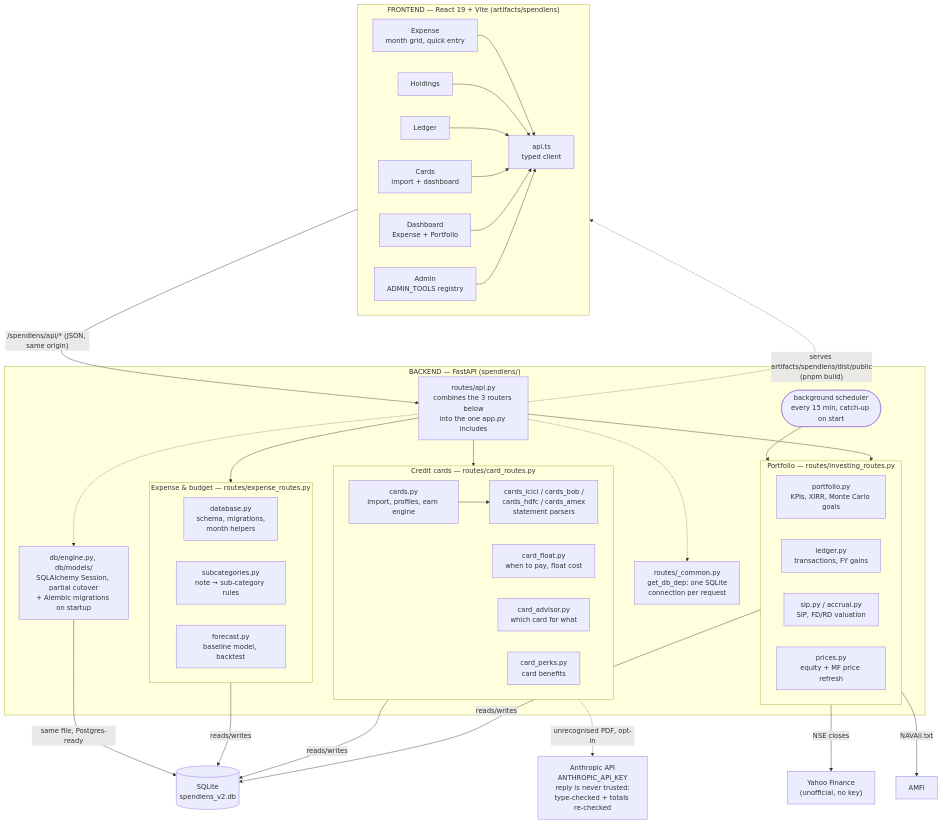
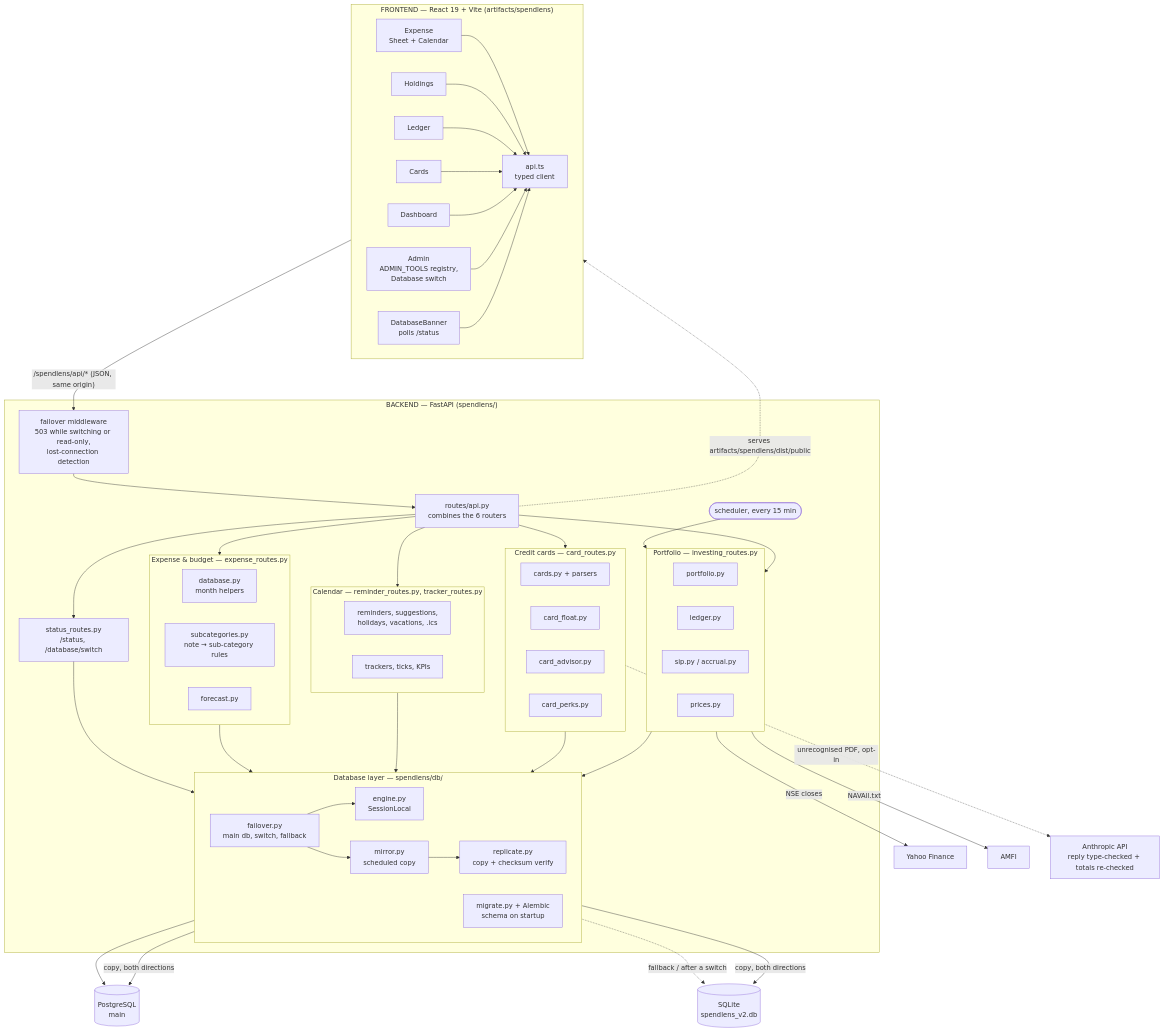
Before and after one commit to Saurabh-153/SpendLens: the second of 2 diagrams in README.md, drawn with Mermaid. The commit also changed other lines of this file and 136 other files, not shown here.

````diff
--- a/README.md
+++ b/README.md
@@ -113,65 +125,75 @@
 ```mermaid
 flowchart TB
     subgraph FE["FRONTEND — React 19 + Vite (artifacts/spendlens)"]
         direction LR
-        PAGE_E["Expense<br/>month grid, quick entry"]
+        PAGE_E["Expense<br/>Sheet + Calendar"]
         PAGE_H["Holdings"]
         PAGE_L["Ledger"]
-        PAGE_C["Cards<br/>import + dashboard"]
-        PAGE_D["Dashboard<br/>Expense + Portfolio"]
-        PAGE_A["Admin<br/>ADMIN_TOOLS registry"]
+        PAGE_C["Cards"]
+        PAGE_D["Dashboard"]
+        PAGE_A["Admin<br/>ADMIN_TOOLS registry,<br/>Database switch"]
+        BANNER["DatabaseBanner<br/>polls /status"]
         API_TS["api.ts<br/>typed client"]
-        PAGE_E & PAGE_H & PAGE_L & PAGE_C & PAGE_D & PAGE_A --> API_TS
+        PAGE_E & PAGE_H & PAGE_L & PAGE_C & PAGE_D & PAGE_A & BANNER --> API_TS
     end
 
-    API_TS -- "/spendlens/api/* (JSON, same origin)" --> ROUTER
+    API_TS -- "/spendlens/api/* (JSON, same origin)" --> MW
 
     subgraph BE["BACKEND — FastAPI (spendlens/)"]
-        ROUTER["routes/api.py<br/>combines the 3 routers below<br/>into the one app.py includes"]
-        DEP["routes/_common.py<br/>get_db_dep: one SQLite<br/>connection per request"]
-        ORM["db/engine.py, db/models/<br/>SQLAlchemy Session, partial cutover<br/>+ Alembic migrations on startup"]
-        ROUTER -.-> DEP
-        ROUTER -.-> ORM
+        MW["failover middleware<br/>503 while switching or read-only,<br/>lost-connection detection"]
+        ROUTER["routes/api.py<br/>combines the 6 routers"]
+        MW --> ROUTER
 
-        subgraph EXP["Expense & budget — routes/expense_routes.py"]
+        subgraph EXP["Expense & budget — expense_routes.py"]
             direction LR
-            DBPY["database.py<br/>schema, migrations,<br/>month helpers"]
+            DBPY["database.py<br/>month helpers"]
             SUBC["subcategories.py<br/>note → sub-category rules"]
-            FCST["forecast.py<br/>baseline model, backtest"]
+            FCST["forecast.py"]
+        end
+        subgraph PORT["Portfolio — investing_routes.py"]
+            direction LR
+            PF["portfolio.py"]
+            LED["ledger.py"]
+            SIPM["sip.py / accrual.py"]
+            PRX["prices.py"]
+        end
+        subgraph CARD["Credit cards — card_routes.py"]
+            direction LR
+            CPY["cards.py + parsers"]
+            CFLOAT["card_float.py"]
+            CADV2["card_advisor.py"]
+            CPERK2["card_perks.py"]
+        end
+        subgraph CAL["Calendar — reminder_routes.py, tracker_routes.py"]
+            direction LR
+            REMS["reminders, suggestions,<br/>holidays, vacations, .ics"]
+            TRK["trackers, ticks, KPIs"]
+        end
+        STAT["status_routes.py<br/>/status, /database/switch"]
+
+        ROUTER --> EXP & PORT & CARD & CAL & STAT
+
+        subgraph DBL["Database layer — spendlens/db/"]
+            direction LR
+            SESS["engine.py<br/>SessionLocal"]
+            FO["failover.py<br/>main db, switch, fallback"]
+            MIR["mirror.py<br/>scheduled copy"]
+            REP["replicate.py<br/>copy + checksum verify"]
+            MIG["migrate.py + Alembic<br/>schema on startup"]
+            FO --> SESS
+            FO --> MIR --> REP
         end
 
-        subgraph PORT["Portfolio — routes/investing_routes.py"]
-            direction LR
-            PF["portfolio.py<br/>KPIs, XIRR, Monte Carlo goals"]
-            LED["ledger.py<br/>transactions, FY gains"]
-            SIPM["sip.py / accrual.py<br/>SIP, FD/RD valuation"]
-            PRX["prices.py<br/>equity + MF price refresh"]
-        end
-
-        subgraph CARD["Credit cards — routes/card_routes.py"]
-            direction LR
-            CPY["cards.py<br/>import, profiles, earn engine"]
-            CPARSE["cards_icici / cards_bob /<br/>cards_hdfc / cards_amex<br/>statement parsers"]
-            CFLOAT["card_float.py<br/>when to pay, float cost"]
-            CADV2["card_advisor.py<br/>which card for what"]
-            CPERK2["card_perks.py<br/>card benefits"]
-            CPY --> CPARSE
-        end
-
-        ROUTER --> EXP
-        ROUTER --> PORT
-        ROUTER --> CARD
-        SCHED(["background scheduler<br/>every 15 min, catch-up on start"]) --> PRX
+        EXP & PORT & CARD & CAL --> SESS
+        STAT --> FO
+        SCHED(["scheduler, every 15 min"]) --> PRX
     end
 
-    EXP -- "reads/writes" --> DB[("SQLite<br/>spendlens_v2.db")]
-    PORT -- "reads/writes" --> DB
-    CARD -- "reads/writes" --> DB
-    ORM -- "same file, Postgres-ready" --> DB
-
-    PRX -- "NSE closes" --> YF["Yahoo Finance<br/>(unofficial, no key)"]
+    SESS --> PG[("PostgreSQL<br/>main")]
+    SESS -. "fallback / after a switch" .-> LITE[("SQLite<br/>spendlens_v2.db")]
+    REP -- "copy, both directions" --> PG & LITE
+    PRX -- "NSE closes" --> YF["Yahoo Finance"]
     PRX -- "NAVAll.txt" --> AMFI["AMFI"]
-    CPARSE -. "unrecognised PDF, opt-in" .-> CLAUDE["Anthropic API<br/>ANTHROPIC_API_KEY<br/>reply is never trusted:<br/>type-checked + totals re-checked"]
-
-    ROUTER -. "serves artifacts/spendlens/dist/public<br/>(pnpm build)" .-> FE
+    CPY -. "unrecognised PDF, opt-in" .-> CLAUDE["Anthropic API<br/>reply type-checked + totals re-checked"]
+    ROUTER -. "serves artifacts/spendlens/dist/public" .-> FE
 ```
````
